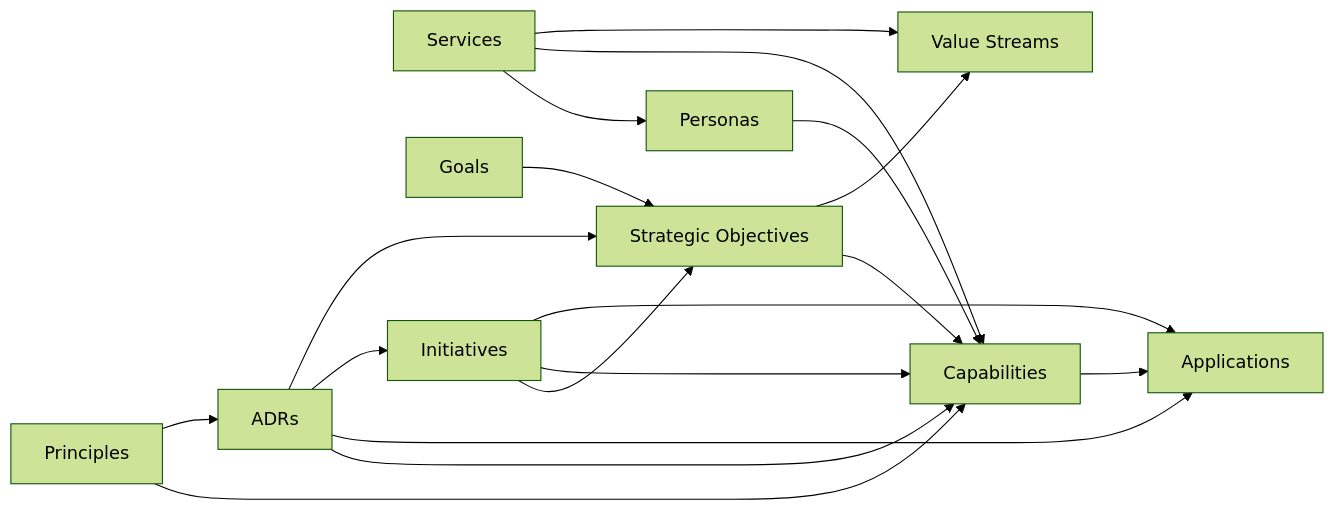
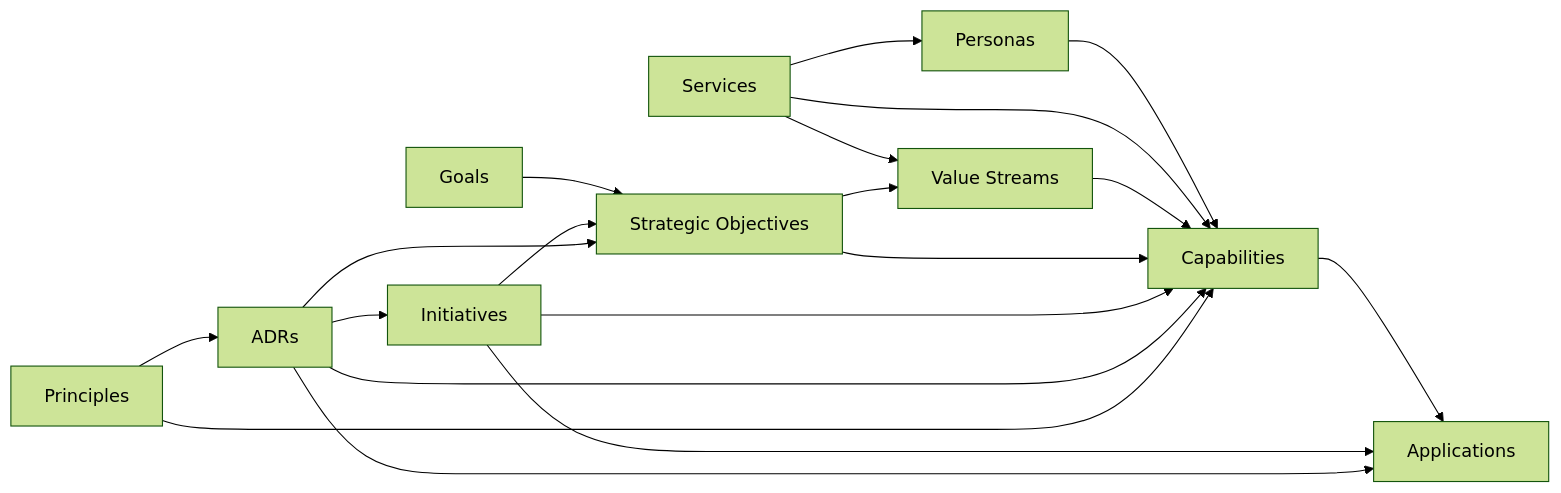
One commit to roballred/GovEA changed the diagram in docs/architect/data-and-traceability.md. Above: the diagram before and after it, drawn with Mermaid (forest theme). The commit also changed other lines of this file and 5 other files, not shown here.

First line of the commit message:
docs(architect): refresh application architecture docs to current code + ADR-0003

````diff
--- a/docs/architect/data-and-traceability.md
+++ b/docs/architect/data-and-traceability.md
@@ -15,20 +15,21 @@
 ```mermaid
 flowchart LR
   Personas --> Capabilities
   Capabilities --> Applications
   Services --> Personas
   Services --> Capabilities
   Services --> ValueStreams["Value Streams"]
+  ValueStreams --> Capabilities
   Goals --> Objectives["Strategic Objectives"]
   Objectives --> Capabilities
   Objectives --> ValueStreams
   Initiatives --> Objectives
   Initiatives --> Capabilities
   Initiatives --> Applications
   ADRs --> Capabilities
   ADRs --> Applications
   ADRs --> Initiatives
   ADRs --> Objectives
   Principles --> Capabilities
   Principles --> ADRs
 ```
````
